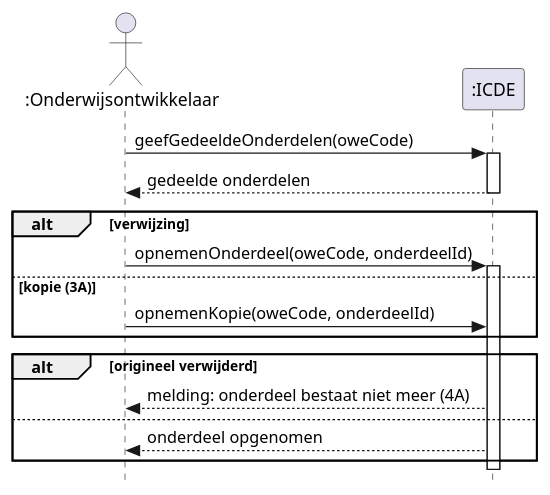
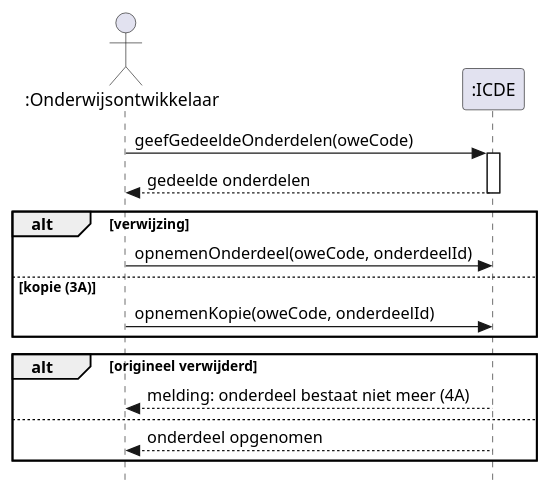
One commit to HAN-Craftsmanship-KL-JJG/casus changed the diagram in docs/diagrams/ssd-uc07-hergebruiken-onderdeel.puml. Above: the diagram before and after it, drawn with PlantUML. The commit also changed 5 other files, not shown here.

```diff
--- a/docs/diagrams/ssd-uc07-hergebruiken-onderdeel.puml
+++ b/docs/diagrams/ssd-uc07-hergebruiken-onderdeel.puml
@@ -1,28 +1,28 @@
 @startuml ssd-uc07-hergebruiken-onderdeel
 ' System sequence diagram van UC07 Hergebruiken gedeeld onderdeel.
 ' Toelichting: docs/sequencediagrammen.md
 skinparam style strictuml
 skinparam shadowing false
 skinparam defaultFontName Helvetica
 hide footbox
 
 actor ":Onderwijsontwikkelaar" as ontwikkelaar
 participant ":ICDE" as icde
 
 ontwikkelaar -> icde : geefGedeeldeOnderdelen(oweCode)
 activate icde
 icde --> ontwikkelaar : gedeelde onderdelen
 deactivate icde
 alt verwijzing
   ontwikkelaar -> icde : opnemenOnderdeel(oweCode, onderdeelId)
-  activate icde
 else kopie (3A)
   ontwikkelaar -> icde : opnemenKopie(oweCode, onderdeelId)
 end
+activate icde
 alt origineel verwijderd
   icde --> ontwikkelaar : melding: onderdeel bestaat niet meer (4A)
 else
   icde --> ontwikkelaar : onderdeel opgenomen
 end
 deactivate icde
 @enduml
```
